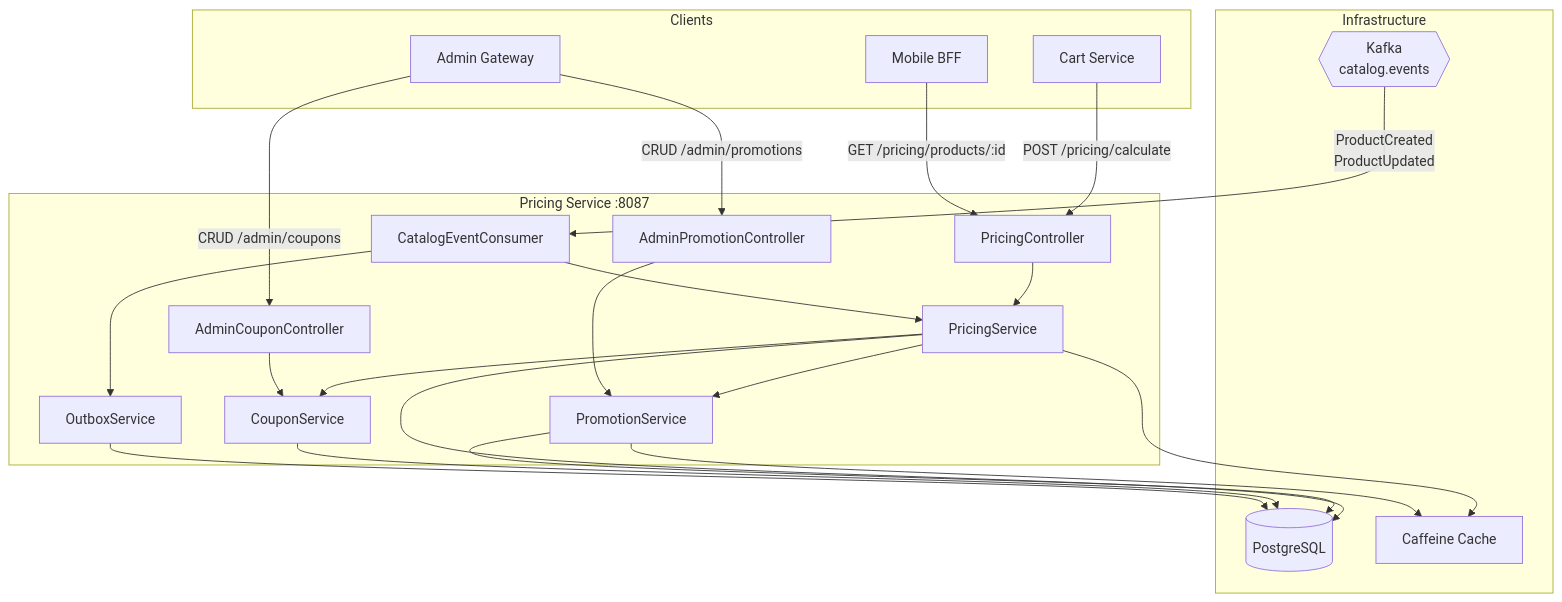
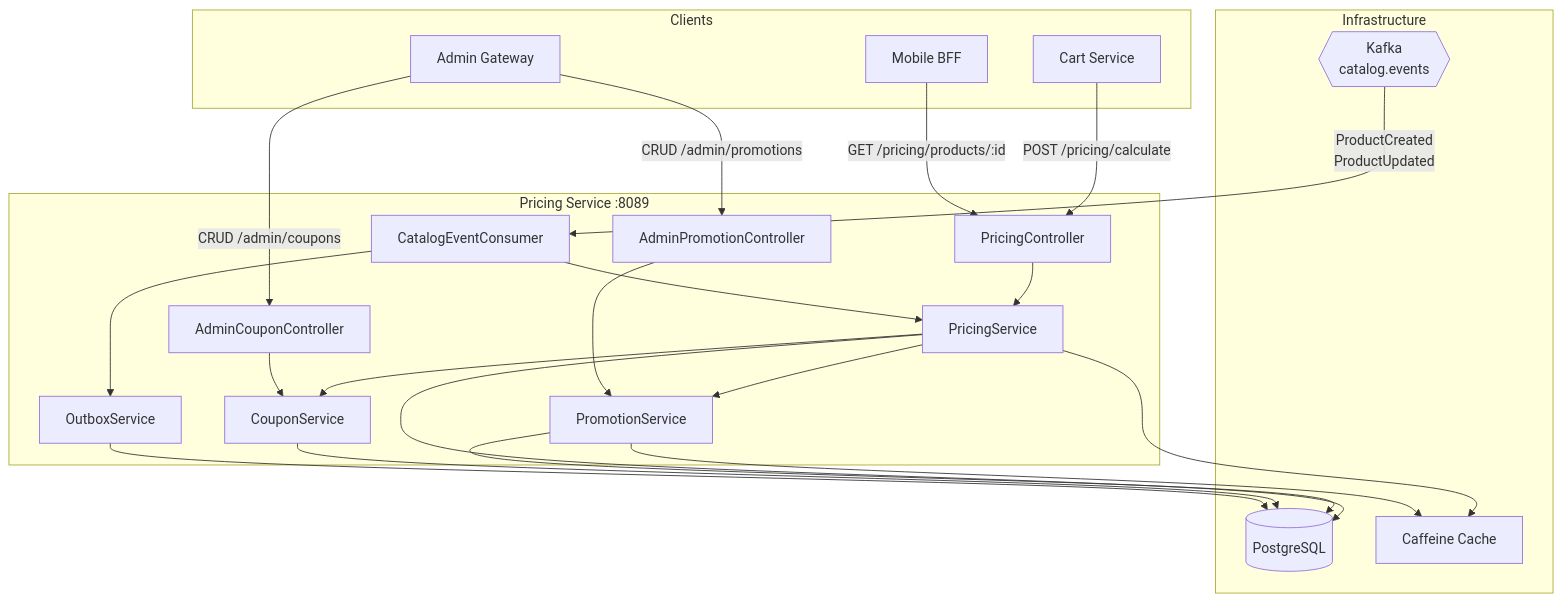
One commit to sunitakeazycommerz-a11y/InstaCommerce changed the first of 6 diagrams in services/pricing-service/README.md. Above: the diagram before and after it, drawn with Mermaid. The commit also changed other lines of this file and 33 other files, not shown here.

````diff
--- a/services/pricing-service/README.md
+++ b/services/pricing-service/README.md
@@ -32,47 +32,47 @@
 ```mermaid
 graph TB
     subgraph Clients
         CART[Cart Service]
         BFF[Mobile BFF]
         ADMIN[Admin Gateway]
     end
 
-    subgraph pricing-service [Pricing Service :8087]
+    subgraph pricing-service [Pricing Service :8089]
         PC[PricingController]
         APC[AdminPromotionController]
         ACC[AdminCouponController]
         PS[PricingService]
         PROMO[PromotionService]
         CS[CouponService]
         CEC[CatalogEventConsumer]
         OBS[OutboxService]
     end
 
     subgraph Infrastructure
         PG[(PostgreSQL)]
         KF{{Kafka<br/>catalog.events}}
         CACHE[Caffeine Cache]
     end
 
     CART -->|POST /pricing/calculate| PC
     BFF -->|GET /pricing/products/:id| PC
     ADMIN -->|CRUD /admin/promotions| APC
     ADMIN -->|CRUD /admin/coupons| ACC
 
     PC --> PS
     PS --> PROMO
     PS --> CS
     APC --> PROMO
     ACC --> CS
 
     PS --> PG
     PS --> CACHE
     PROMO --> PG
     PROMO --> CACHE
     CS --> PG
     OBS --> PG
 
     KF -->|ProductCreated<br/>ProductUpdated| CEC
     CEC --> PS
     CEC --> OBS
 ```
````
